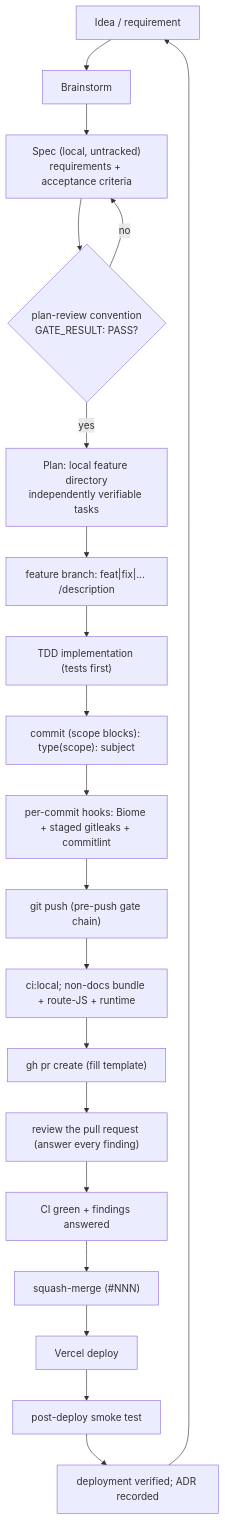
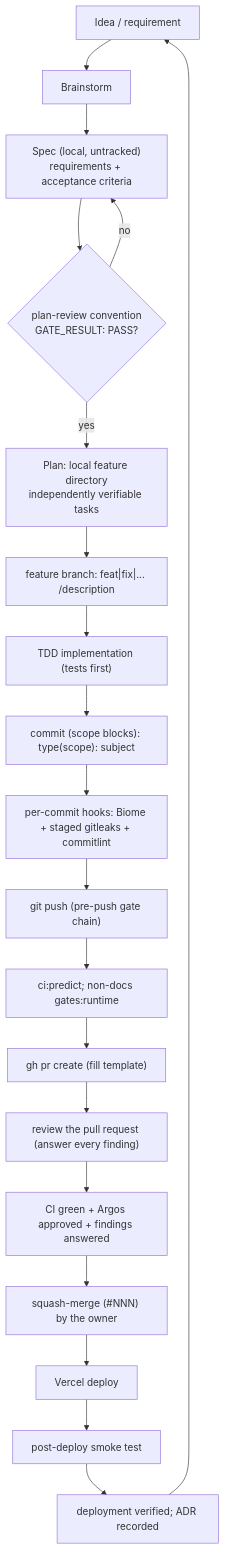
Before and after one commit to erikunha/portfolio: the first of 2 diagrams in docs/handbook/development-lifecycle.md, drawn with Mermaid. The commit also changed other lines of this file and 50 other files, not shown here.

````diff
--- a/docs/handbook/development-lifecycle.md
+++ b/docs/handbook/development-lifecycle.md
@@ -7,22 +7,22 @@
 ```mermaid
 flowchart TD
     idea["Idea / requirement"] --> brainstorm["Brainstorm"]
     brainstorm --> spec["Spec (local, untracked)<br/>requirements + acceptance criteria"]
     spec --> agate{"plan-review convention<br/>GATE_RESULT: PASS?"}
     agate -->|no| spec
     agate -->|yes| plan["Plan: local feature directory<br/>independently verifiable tasks"]
     plan --> branch["feature branch: feat|fix|... /description"]
     branch --> tdd["TDD implementation (tests first)"]
     tdd --> commit["commit (scope blocks): type(scope): subject"]
     commit --> hooks["per-commit hooks: Biome + staged gitleaks + commitlint"]
     hooks --> push["git push (pre-push gate chain)"]
-    push --> readypr["ci:local; non-docs bundle + route-JS + runtime"]
+    push --> readypr["ci:predict; non-docs gates:runtime"]
     readypr --> pr["gh pr create (fill template)"]
     pr --> conv["review the pull request (answer every finding)"]
-    conv --> readymerge["CI green + findings answered"]
-    readymerge --> merge["squash-merge (#NNN)"]
+    conv --> readymerge["CI green + Argos approved + findings answered"]
+    readymerge --> merge["squash-merge (#NNN) by the owner"]
     merge --> deploy["Vercel deploy"]
     deploy --> smoke["post-deploy smoke test"]
     smoke --> adr["deployment verified; ADR recorded"]
     adr --> idea
 ```
````
